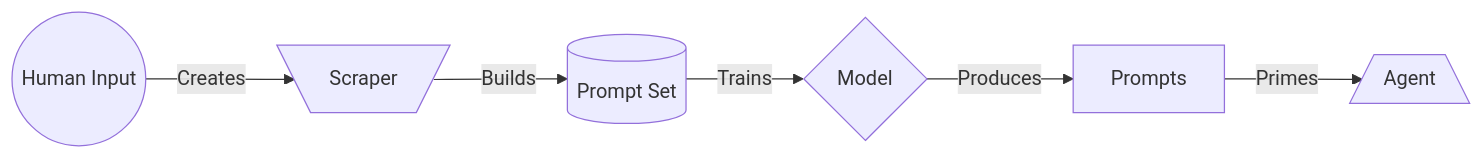
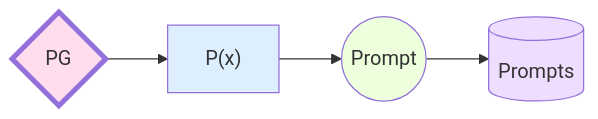
Before and after one commit to AndroidDoctorr/GPT-Tools: diagram 13 of 13 in README.md, drawn with Mermaid. The commit also changed other lines of this file and 6 other files, not shown here.

````diff
--- a/README.md
+++ b/README.md
@@ -46,8 +233,8 @@
 ```mermaid
-graph LR
-H((Human Input)) -- Creates --> S[\Scraper/]
-S -- Builds --> D[(Prompt Set)]
-D -- Trains --> B{Model}
-B -- Produces --> P[Prompts]
-P -- Primes --> A[/Agent\]
+flowchart LR
+    PG{PG} --> D["P(x)"] --> P((Prompt)) --> DS[(Prompts)]
+    style D fill:#def
+    style P fill:#efd
+    style PG fill:#fde,stroke-width:4
+    style DS fill:#edf
 ```
````
